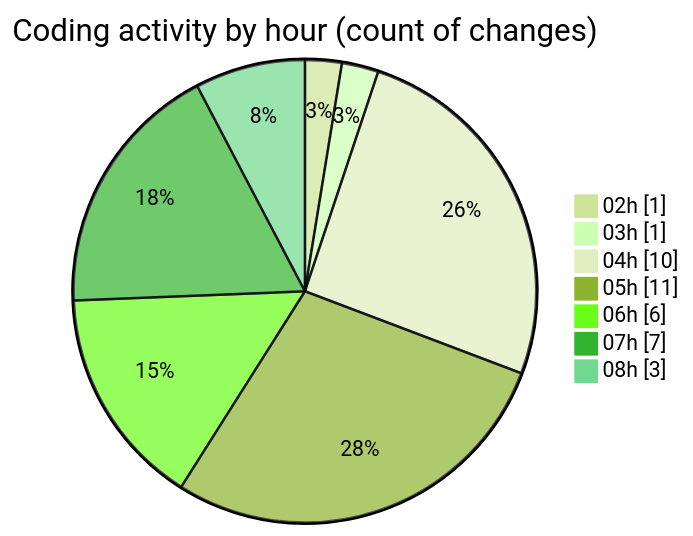
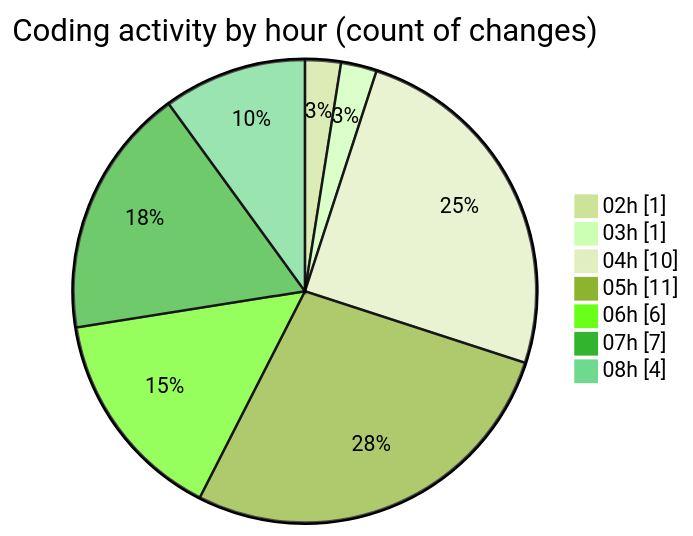
The second of 2 diagrams in 2025-10-31/cdp_aleoudev_fr__workspace_/README.md (julien-gomy/code-tracking), drawn with Mermaid (forest theme) before and after one commit. The commit also changed other lines of this file and 1 other file, not shown here.

````diff
--- a/2025-10-31/cdp_aleoudev_fr__workspace_/README.md
+++ b/2025-10-31/cdp_aleoudev_fr__workspace_/README.md
@@ -29,11 +29,11 @@
 ```mermaid
 pie showData
 title Coding activity by hour (count of changes)
 "02h" : 1
 "03h" : 1
 "04h" : 10
 "05h" : 11
 "06h" : 6
 "07h" : 7
-"08h" : 3
+"08h" : 4
 ```
````
